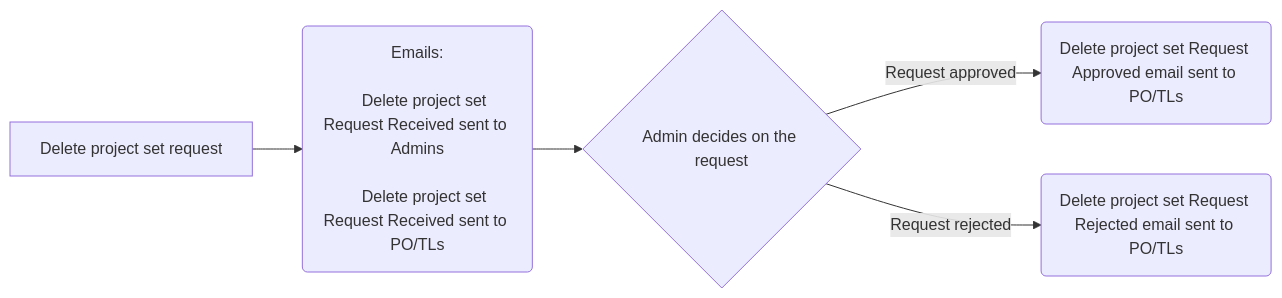
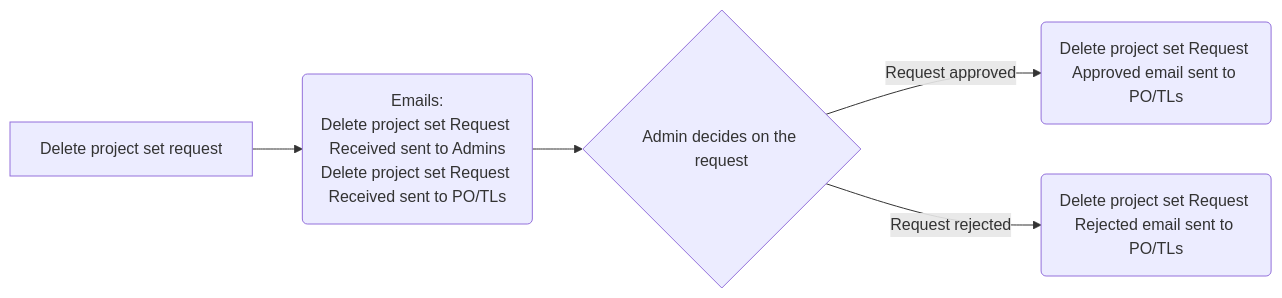
Before and after one commit to bcgov/platform-services-registry: the third of 4 diagrams in docs/email-scenarios.md, drawn with Mermaid. The commit also changed other lines of this file, not shown here.

Commit message:
new line add to mermaid diagram

````diff
--- a/docs/email-scenarios.md
+++ b/docs/email-scenarios.md
@@ -95,10 +91,8 @@
 ```mermaid
 flowchart LR
-    A[Delete project set request] --> B(Emails:<br>
-    Delete project set Request Received sent to Admins<br>
-    Delete project set Request Received sent to PO/TLs
+    A[Delete project set request] --> B(Emails:<br>Delete project set Request Received sent to Admins<br>Delete project set Request Received sent to PO/TLs
     )
     B --> C{Admin decides on the request}
     C -->|Request approved| D(Delete project set Request Approved email sent to PO/TLs)
     C -->|Request rejected| E(Delete project set Request Rejected email sent to PO/TLs)
 ```
````
